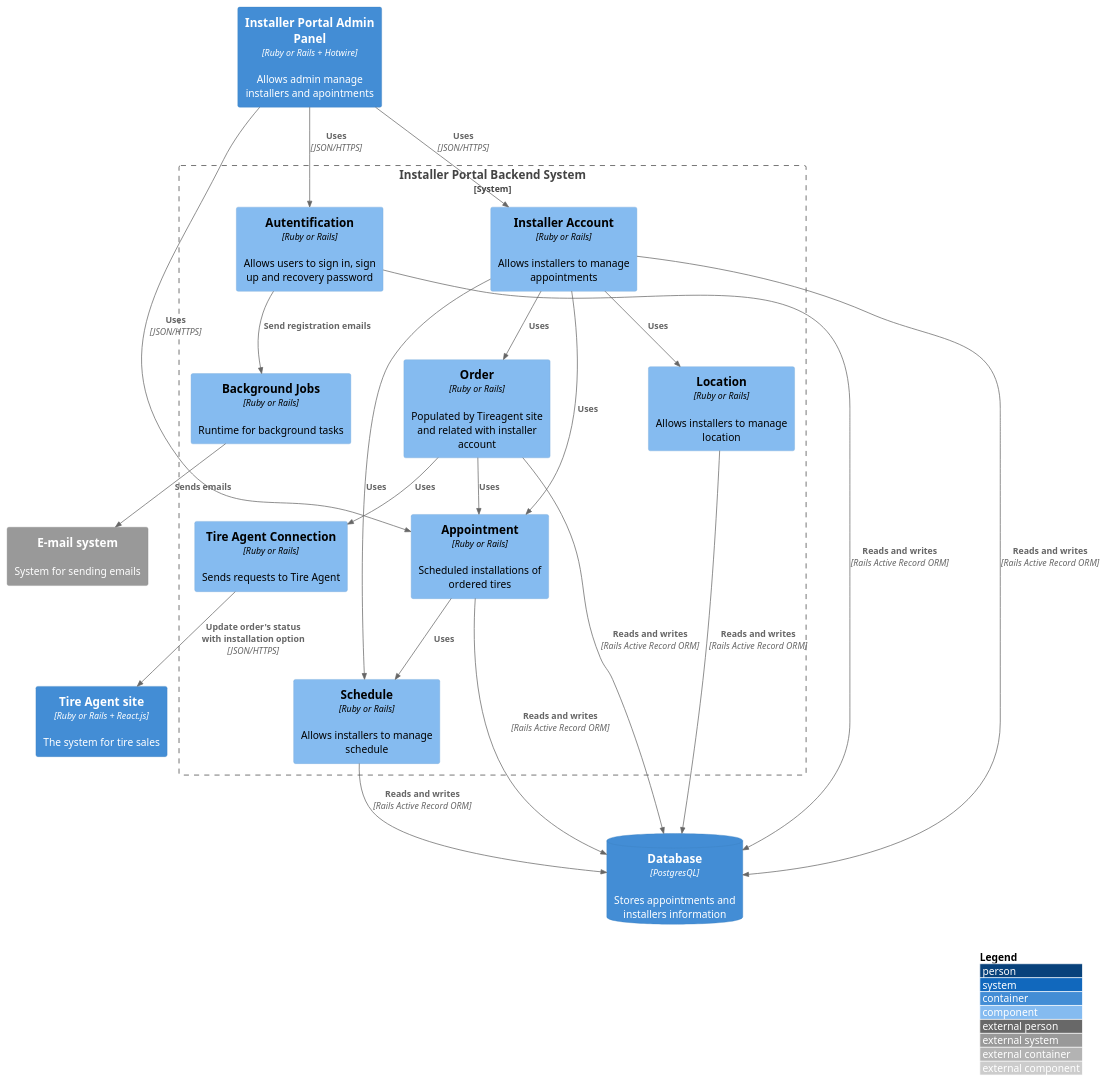
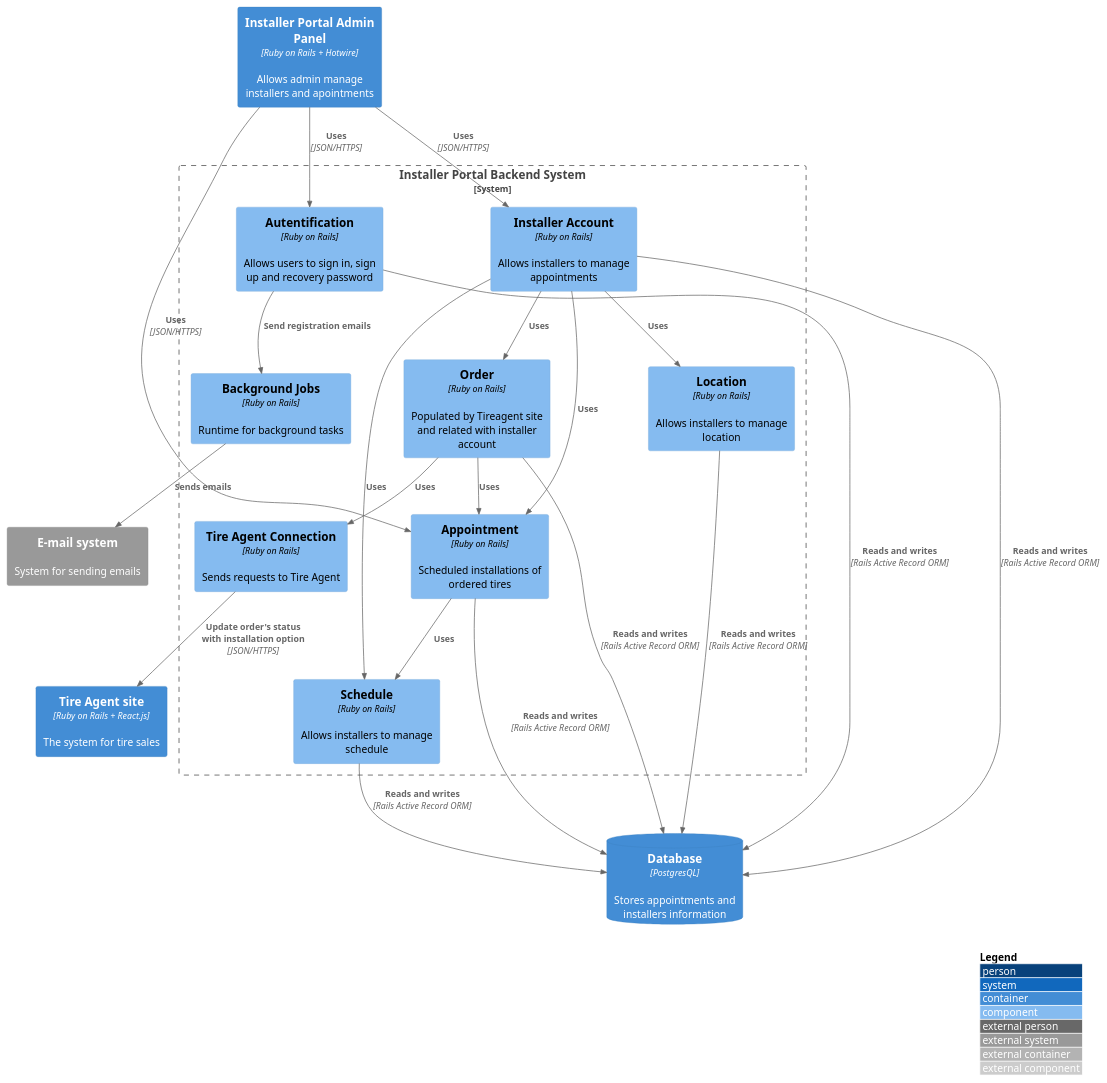
One commit to artsiomivanets/docs changed the diagram in src/1.4 Diagrams for TireAgent Installers Portal/1.4.3 Components Diagram/context.puml. Above: the diagram before and after it, drawn with PlantUML. The commit also changed 60 other files, not shown here.

```diff
--- a/src/1.4 Diagrams for TireAgent Installers Portal/1.4.3 Components Diagram/context.puml
+++ b/src/1.4 Diagrams for TireAgent Installers Portal/1.4.3 Components Diagram/context.puml
@@ -1,46 +1,46 @@
 @startuml
 !include https://raw.githubusercontent.com/adrianvlupu/C4-PlantUML/latest/C4_Container.puml
 !include https://raw.githubusercontent.com/adrianvlupu/C4-PlantUML/latest/C4_Component.puml
 
 LAYOUT_WITH_LEGEND()
 
-Container(ip_admin_panel, "Installer Portal Admin Panel", "Ruby or Rails + Hotwire", "Allows admin manage installers and apointments")
+Container(ip_admin_panel, "Installer Portal Admin Panel", "Ruby on Rails + Hotwire", "Allows admin manage installers and apointments")
 ContainerDb(db, "Database", "PostgresQL", "Stores appointments and installers information")
 System_Ext(e_mail, "E-mail system", "System for sending emails")
-Container(ta, "Tire Agent site", "Ruby or Rails + React.js", "The system for tire sales")
+Container(ta, "Tire Agent site", "Ruby on Rails + React.js", "The system for tire sales")
 
 System_Boundary(ip_system, "Installer Portal Backend System") {
-    Component(autentification, "Autentification", "Ruby or Rails", "Allows users to sign in, sign up and recovery password")
-    Component(appointment, "Appointment", "Ruby or Rails", "Scheduled installations of ordered tires")
-    Component(installer, "Installer Account", "Ruby or Rails", "Allows installers to manage appointments")
-    Component(order, "Order", "Ruby or Rails", "Populated by Tireagent site and related with installer account")
-    Component(schedule, "Schedule", "Ruby or Rails", "Allows installers to manage schedule")
-    Component(tireagent_connection, "Tire Agent Connection", "Ruby or Rails", "Sends requests to Tire Agent")
-    Component(location, "Location", "Ruby or Rails", "Allows installers to manage location")
-    Component(bg_jobs, "Background Jobs", "Ruby or Rails", "Runtime for background tasks")
+    Component(autentification, "Autentification", "Ruby on Rails", "Allows users to sign in, sign up and recovery password")
+    Component(appointment, "Appointment", "Ruby on Rails", "Scheduled installations of ordered tires")
+    Component(installer, "Installer Account", "Ruby on Rails", "Allows installers to manage appointments")
+    Component(order, "Order", "Ruby on Rails", "Populated by Tireagent site and related with installer account")
+    Component(schedule, "Schedule", "Ruby on Rails", "Allows installers to manage schedule")
+    Component(tireagent_connection, "Tire Agent Connection", "Ruby on Rails", "Sends requests to Tire Agent")
+    Component(location, "Location", "Ruby on Rails", "Allows installers to manage location")
+    Component(bg_jobs, "Background Jobs", "Ruby on Rails", "Runtime for background tasks")
 }
 
 Rel(ip_admin_panel, appointment, "Uses", "JSON/HTTPS")
 Rel(ip_admin_panel, installer, "Uses", "JSON/HTTPS")
 Rel(ip_admin_panel, autentification, "Uses", "JSON/HTTPS")
 Rel(autentification, bg_jobs, "Send registration emails")
 Rel(bg_jobs, e_mail, "Sends emails")
 
 Rel(installer, schedule, "Uses")
 Rel(installer, order, "Uses")
 Rel(installer, location, "Uses")
 Rel(installer, appointment, "Uses")
 Rel(appointment, schedule, "Uses")
 Rel(order, appointment, "Uses")
 Rel(order, tireagent_connection, "Uses")
 Rel(tireagent_connection, ta, "Update order's status with installation option", "JSON/HTTPS")
 
 
 Rel(autentification, db, "Reads and writes", "Rails Active Record ORM")
 Rel(appointment, db, "Reads and writes", "Rails Active Record ORM")
 Rel(installer, db, "Reads and writes", "Rails Active Record ORM")
 Rel(schedule, db, "Reads and writes", "Rails Active Record ORM")
 Rel(order, db, "Reads and writes", "Rails Active Record ORM")
 Rel(location, db, "Reads and writes", "Rails Active Record ORM")
 
 @enduml
```
